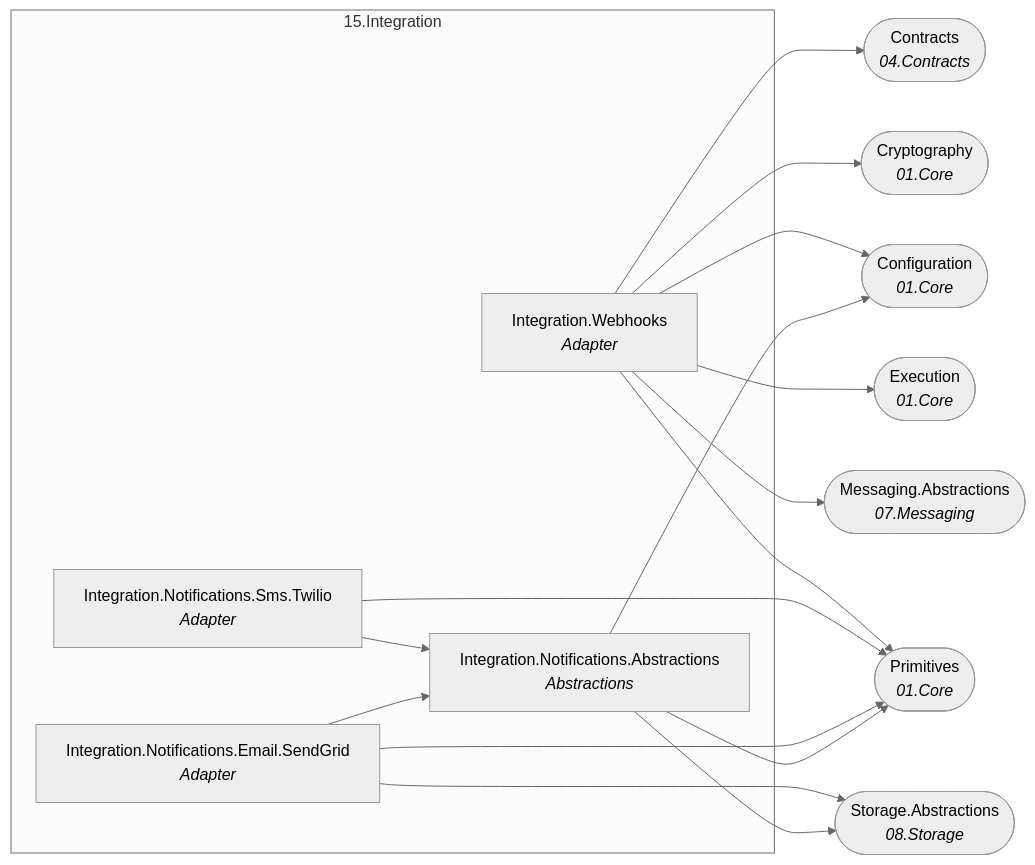
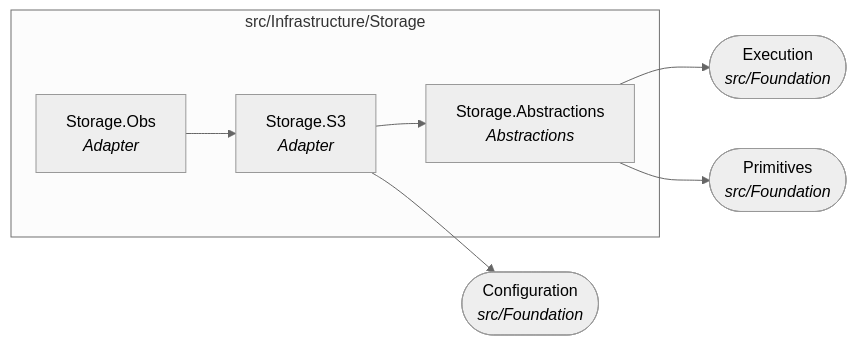
Before and after one commit to Gresta-Vertex-Labs/platform-shared-kernel: diagram 17 of 22 in docs/dependency-graph.md, drawn with Mermaid (neutral theme). The commit also changed other lines of this file and 4053 other files, not shown here.

````diff
--- a/docs/dependency-graph.md
+++ b/docs/dependency-graph.md
@@ -514,30 +560,16 @@
 ```mermaid
 flowchart LR
-  subgraph folder_15_Integration["15.Integration"]
-    SharedKernel_Integration_Notifications_Abstractions["Integration.Notifications.Abstractions<br/><i>Abstractions</i>"]
-    SharedKernel_Integration_Notifications_Email_SendGrid["Integration.Notifications.Email.SendGrid<br/><i>Adapter</i>"]
-    SharedKernel_Integration_Notifications_Sms_Twilio["Integration.Notifications.Sms.Twilio<br/><i>Adapter</i>"]
-    SharedKernel_Integration_Webhooks["Integration.Webhooks<br/><i>Adapter</i>"]
+  subgraph folder_src_Infrastructure_Storage["src/Infrastructure/Storage"]
+    SharedKernel_Storage_Abstractions["Storage.Abstractions<br/><i>Abstractions</i>"]
+    SharedKernel_Storage_Obs["Storage.Obs<br/><i>Adapter</i>"]
+    SharedKernel_Storage_S3["Storage.S3<br/><i>Adapter</i>"]
   end
-  SharedKernel_Configuration(["Configuration<br/><i>01.Core</i>"])
-  SharedKernel_Contracts(["Contracts<br/><i>04.Contracts</i>"])
-  SharedKernel_Cryptography(["Cryptography<br/><i>01.Core</i>"])
-  SharedKernel_Execution(["Execution<br/><i>01.Core</i>"])
-  SharedKernel_Messaging_Abstractions(["Messaging.Abstractions<br/><i>07.Messaging</i>"])
-  SharedKernel_Primitives(["Primitives<br/><i>01.Core</i>"])
-  SharedKernel_Storage_Abstractions(["Storage.Abstractions<br/><i>08.Storage</i>"])
-  SharedKernel_Integration_Notifications_Abstractions --> SharedKernel_Configuration
-  SharedKernel_Integration_Notifications_Abstractions --> SharedKernel_Primitives
-  SharedKernel_Integration_Notifications_Abstractions --> SharedKernel_Storage_Abstractions
-  SharedKernel_Integration_Notifications_Email_SendGrid --> SharedKernel_Integration_Notifications_Abstractions
-  SharedKernel_Integration_Notifications_Email_SendGrid --> SharedKernel_Primitives
-  SharedKernel_Integration_Notifications_Email_SendGrid --> SharedKernel_Storage_Abstractions
-  SharedKernel_Integration_Notifications_Sms_Twilio --> SharedKernel_Integration_Notifications_Abstractions
-  SharedKernel_Integration_Notifications_Sms_Twilio --> SharedKernel_Primitives
-  SharedKernel_Integration_Webhooks --> SharedKernel_Configuration
-  SharedKernel_Integration_Webhooks --> SharedKernel_Contracts
-  SharedKernel_Integration_Webhooks --> SharedKernel_Cryptography
-  SharedKernel_Integration_Webhooks --> SharedKernel_Execution
-  SharedKernel_Integration_Webhooks --> SharedKernel_Messaging_Abstractions
-  SharedKernel_Integration_Webhooks --> SharedKernel_Primitives
+  SharedKernel_Configuration(["Configuration<br/><i>src/Foundation</i>"])
+  SharedKernel_Execution(["Execution<br/><i>src/Foundation</i>"])
+  SharedKernel_Primitives(["Primitives<br/><i>src/Foundation</i>"])
+  SharedKernel_Storage_Abstractions --> SharedKernel_Execution
+  SharedKernel_Storage_Abstractions --> SharedKernel_Primitives
+  SharedKernel_Storage_Obs --> SharedKernel_Storage_S3
+  SharedKernel_Storage_S3 --> SharedKernel_Configuration
+  SharedKernel_Storage_S3 --> SharedKernel_Storage_Abstractions
 ```
````
